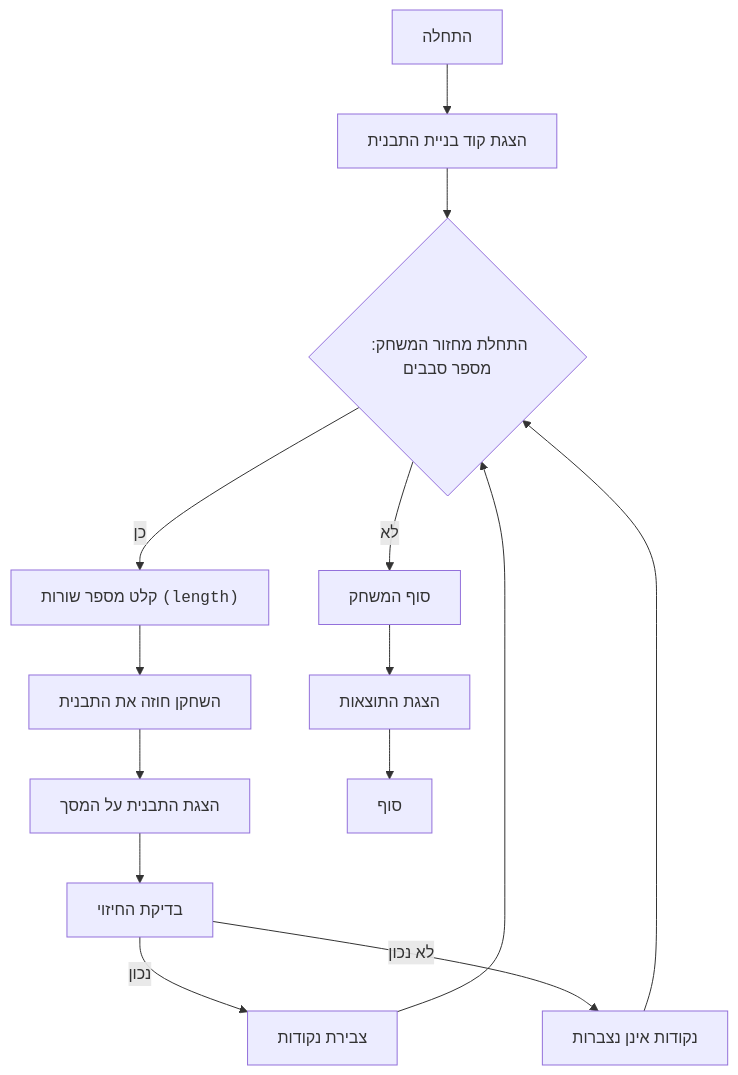
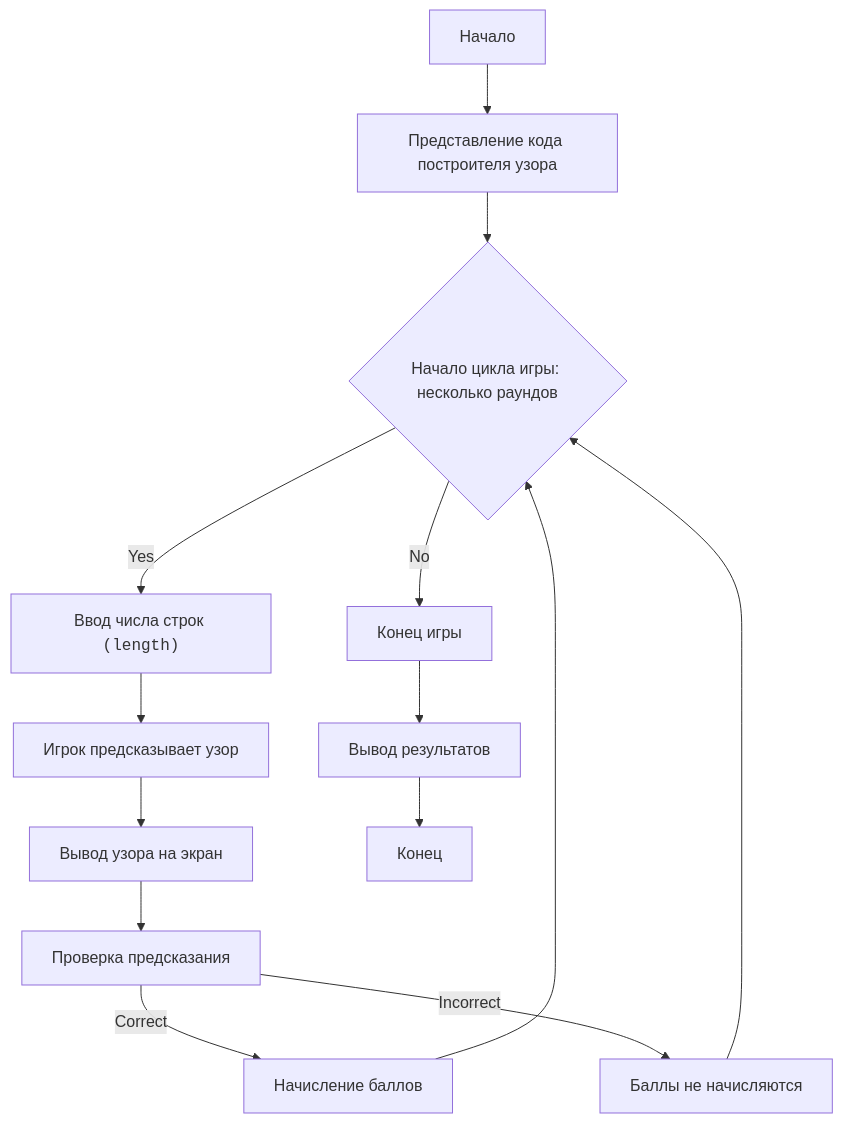
One commit to hypo69/1001-python-he changed the diagram in code/UNSORTED/BUTTERFLY/README.MD. Above: the diagram before and after it, drawn with Mermaid. The commit also changed other lines of this file and 869 other files, not shown here.

````diff
--- a/code/UNSORTED/BUTTERFLY/README.MD
+++ b/code/UNSORTED/BUTTERFLY/README.MD
@@ -48,16 +48,16 @@
 ```mermaid
 flowchart TD
-    Start["התחלה"] --> PresentCode["הצגת קוד בניית התבנית"]
-    PresentCode --> GameLoopStart{"התחלת מחזור המשחק: מספר סבבים"}
-    GameLoopStart -- כן --> PlayerInputLength["קלט מספר שורות <code>(length)</code>"]
-    PlayerInputLength --> PlayerPredict["השחקן חוזה את התבנית"]
-    PlayerPredict --> DisplayResult["הצגת התבנית על המסך"]
-     DisplayResult --> CheckPrediction["בדיקת החיזוי"]
-    CheckPrediction -- נכון --> AwardPoints["צבירת נקודות"]
-    CheckPrediction -- לא נכון --> NoPoints["נקודות אינן נצברות"]
+    Start["Начало"] --> PresentCode["Представление кода построителя узора"]
+    PresentCode --> GameLoopStart{"Начало цикла игры: несколько раундов"}
+    GameLoopStart -- Yes --> PlayerInputLength["Ввод числа строк <code>(length)</code>"]
+    PlayerInputLength --> PlayerPredict["Игрок предсказывает узор"]
+    PlayerPredict --> DisplayResult["Вывод узора на экран"]
+     DisplayResult --> CheckPrediction["Проверка предсказания"]
+    CheckPrediction -- Correct --> AwardPoints["Начисление баллов"]
+    CheckPrediction -- Incorrect --> NoPoints["Баллы не начисляются"]
     AwardPoints --> GameLoopStart
     NoPoints --> GameLoopStart
-    GameLoopStart -- לא --> EndGame["סוף המשחק"]
-    EndGame --> OutputScore["הצגת התוצאות"]
-    OutputScore --> End["סוף"]
+    GameLoopStart -- No --> EndGame["Конец игры"]
+    EndGame --> OutputScore["Вывод результатов"]
+    OutputScore --> End["Конец"]
 ```
````
